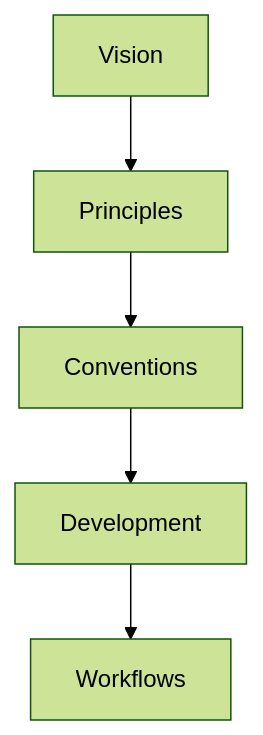
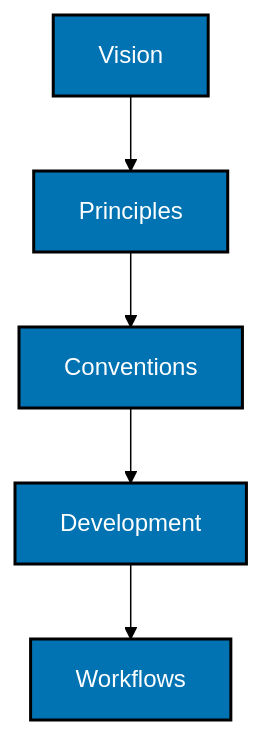
The diagram in repo-governance/README.md (wahidyankf/beaver-nest), drawn with Mermaid (forest theme) before and after one commit. The commit also changed other lines of this file and 10 other files, not shown here.

Commit message:
feat(governance): enforce Mermaid accessibility

````diff
--- a/repo-governance/README.md
+++ b/repo-governance/README.md
@@ -17,7 +17,11 @@
 ```mermaid
+%% Accessible palette: blue #0173B2
 flowchart TD
     Vision --> Principles
     Principles --> Conventions
     Conventions --> Development
     Development --> Workflows
+
+    classDef primary fill:#0173B2,stroke:#000000,color:#FFFFFF,stroke-width:2px
+    class Vision,Principles,Conventions,Development,Workflows primary
 ```
````
